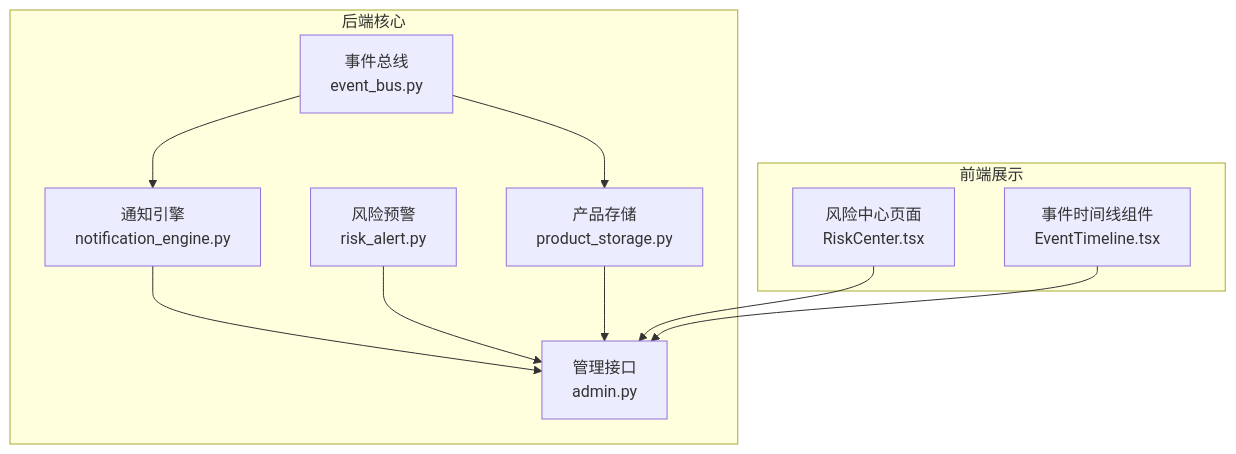
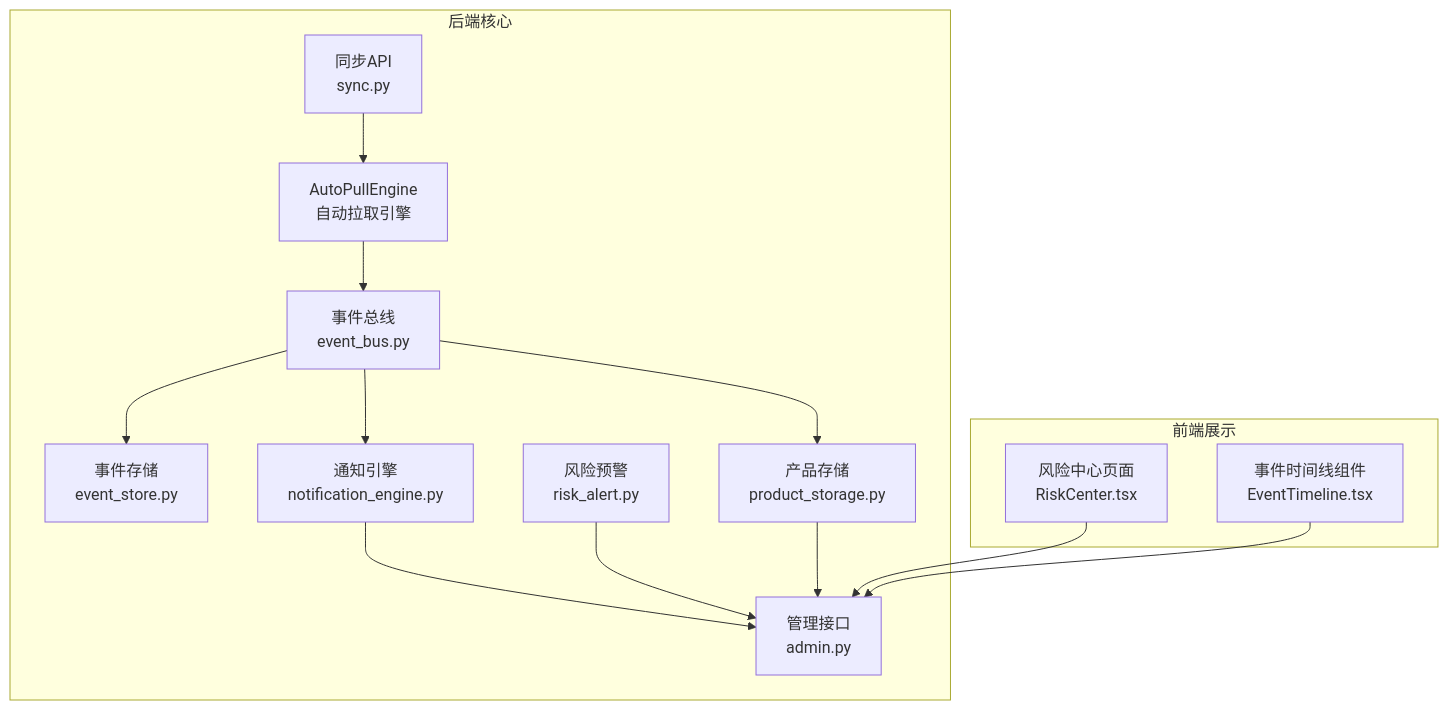
The first of 10 diagrams in .qoder/repowiki/zh/content/监控与运维/日志管理.md (angledick/-), drawn with Mermaid before and after one commit. The commit also changed other lines of this file and 770 other files, not shown here.

````diff
--- a/.qoder/repowiki/zh/content/监控与运维/日志管理.md
+++ b/.qoder/repowiki/zh/content/监控与运维/日志管理.md
@@ -39,21 +56,27 @@
 ```mermaid
 graph TB
 subgraph "后端核心"
+APE["AutoPullEngine<br/>自动拉取引擎"]
 EB["事件总线<br/>event_bus.py"]
+ES["事件存储<br/>event_store.py"]
 NE["通知引擎<br/>notification_engine.py"]
 RA["风险预警<br/>risk_alert.py"]
 PS["产品存储<br/>product_storage.py"]
 ADM["管理接口<br/>admin.py"]
+SYNCAPI["同步API<br/>sync.py"]
 end
 subgraph "前端展示"
 RC["风险中心页面<br/>RiskCenter.tsx"]
 ET["事件时间线组件<br/>EventTimeline.tsx"]
 end
+APE --> EB
+EB --> ES
 EB --> PS
 EB --> NE
 NE --> ADM
 RA --> ADM
 PS --> ADM
+SYNCAPI --> APE
 RC --> ADM
 ET --> ADM
 ```
````
